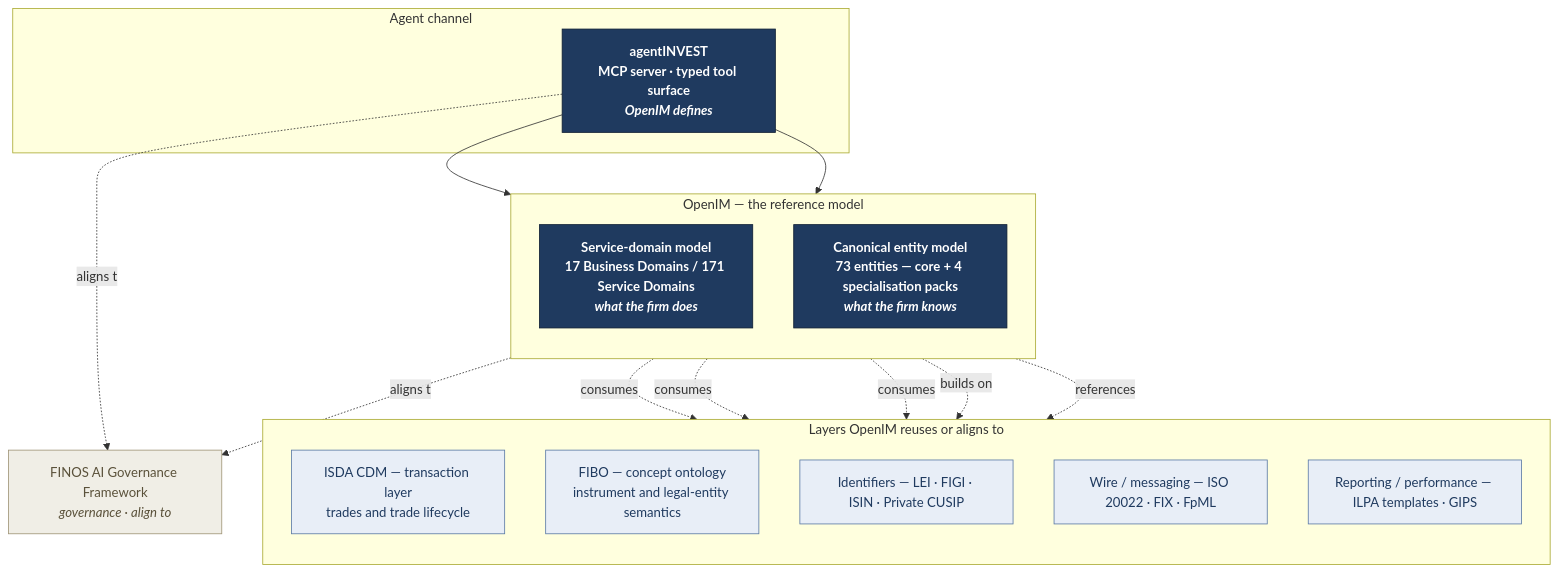
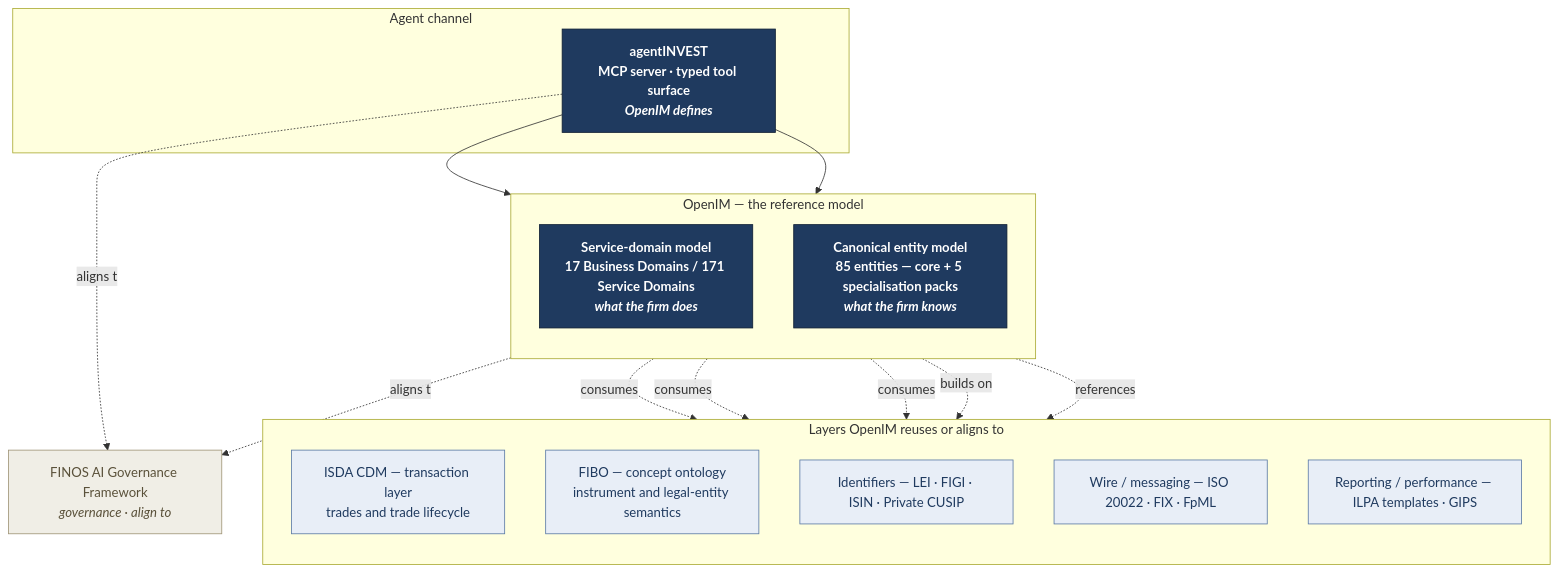
Before and after one commit to antikas/open-investment-model: the diagram in model/diagrams/01-layer-stack.md, drawn with Mermaid. The commit also changed 71 other files, not shown here.

Commit message:
OpenIM v0.2: fund-operations pack (FO-01..FO-12), the model is now manager-AND-allocator complete (entity model 73 to 85, five specialisation packs); README voice pass; validator hardening (two-sided-edge ratchet + count-surface checks)

````diff
--- a/model/diagrams/01-layer-stack.md
+++ b/model/diagrams/01-layer-stack.md
@@ -7,37 +7,37 @@
 ```mermaid
 flowchart TB
     classDef openim   fill:#1f3a5f,stroke:#0e1e33,color:#fff,font-weight:bold
     classDef reuse    fill:#e8eef7,stroke:#5b7aa6,color:#1f3a5f
     classDef govern   fill:#f0eee6,stroke:#a09578,color:#5a513a
 
     subgraph AGENT[Agent channel]
         A1["agentINVEST<br/>MCP server · typed tool surface<br/><i>OpenIM defines</i>"]:::openim
     end
 
     subgraph MODEL[OpenIM — the reference model]
         direction TB
         M1["Service-domain model<br/>17 Business Domains / 171 Service Domains<br/><i>what the firm does</i>"]:::openim
-        M2["Canonical entity model<br/>73 entities — core + 4 specialisation packs<br/><i>what the firm knows</i>"]:::openim
+        M2["Canonical entity model<br/>85 entities — core + 5 specialisation packs<br/><i>what the firm knows</i>"]:::openim
     end
 
     subgraph BELOW[Layers OpenIM reuses or aligns to]
         direction TB
         B1["ISDA CDM — transaction layer<br/>trades and trade lifecycle"]:::reuse
         B2["FIBO — concept ontology<br/>instrument and legal-entity semantics"]:::reuse
         B3["Identifiers — LEI · FIGI · ISIN · Private CUSIP"]:::reuse
         B4["Wire / messaging — ISO 20022 · FIX · FpML"]:::reuse
         B5["Reporting / performance — ILPA templates · GIPS"]:::reuse
     end
 
     G1["FINOS AI Governance Framework<br/><i>governance · align to</i>"]:::govern
 
     A1 --> M1
     A1 --> M2
     M1 -.consumes.-> B1
     M1 -.consumes.-> B4
     M1 -.consumes.-> B5
     M2 -.builds on.-> B2
     M2 -.references.-> B3
     M2 -.aligns to.-> G1
     A1 -.aligns to.-> G1
 ```
````
